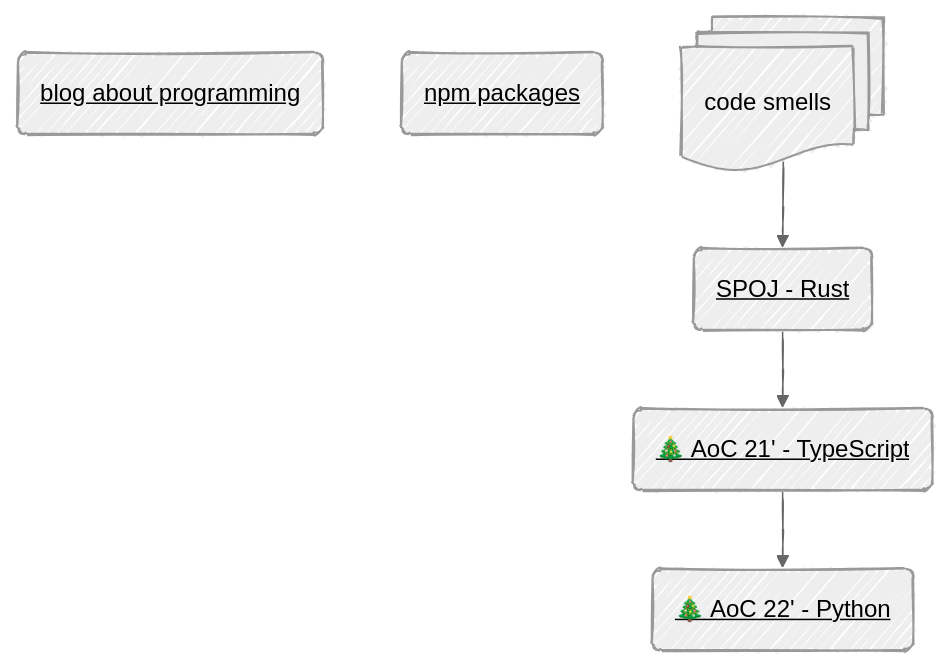
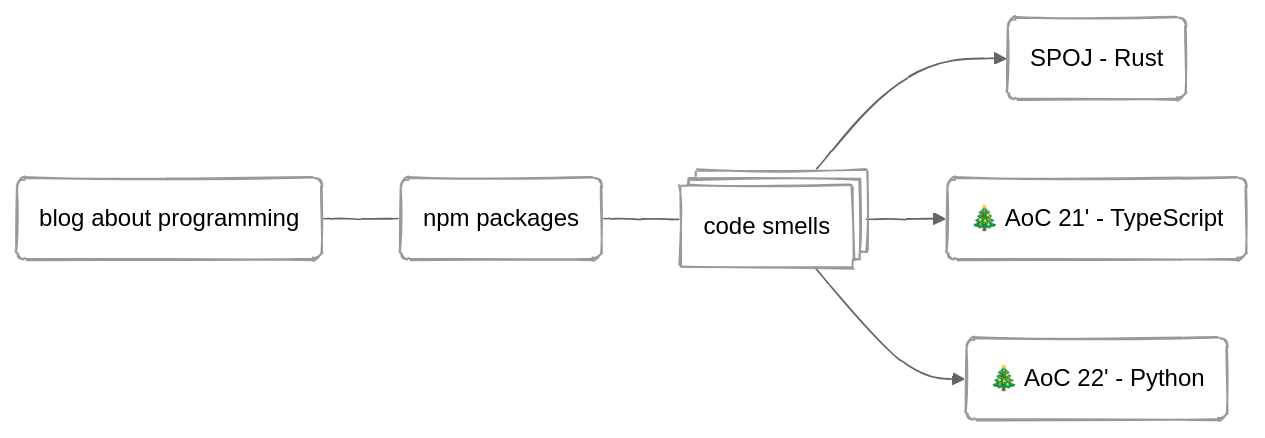
The diagram in README.md (twistezo/twistezo), drawn with Mermaid before and after one commit.

````diff
--- a/README.md
+++ b/README.md
@@ -1,18 +1,29 @@
 ```mermaid
 ---
 config:
   look: handDrawn
   theme: neutral
+  securityLevel: antiscript
 ---
-flowchart TD
-    blog(<a href="https://twistezo.github.io/blog/" style="color:black !important">blog about programming</a>)
-    npm_packages(<a href="https://www.npmjs.com/~twistezo" style="color:black !important">npm packages</a>)
+flowchart LR
+    BLOG(blog about programming)
+    NPM(npm packages)
+    CODE@{ shape: st-rect, label: "code smells"}
+    A(SPOJ - Rust)
+    B(🎄 AoC 21' - TypeScript)
+    C(🎄 AoC 22' - Python)
 
-    code_smells@{ shape: docs, label: "code smells"}
-    A(<a href="https://github.com/twistezo/spoj-tournament" style="color:black !important">SPOJ - Rust</a>)
-    B(<a href="https://github.com/twistezo/advent-of-code-2021" style="color:black !important">🎄 AoC 21' - TypeScript</a>)
-    C(<a href="https://github.com/twistezo/advent-of-code-2021" style="color:black !important">🎄 AoC 22' - Python</a>)
+    BLOG --- NPM --- CODE
+    CODE --> A
+    CODE --> B
+    CODE --> C
 
-    blog & npm_packages & code_smells
-    code_smells --> A --> B --> C
+    click BLOG href "https://twistezo.github.io/blog/" "Tooltip" _blank
+    click NPM href "https://www.npmjs.com/~twistezo" "Tooltip" _blank
+    click A href "https://github.com/twistezo/spoj-tournament" "Tooltip" _blank
+    click B href "https://github.com/twistezo/advent-of-code-2021" "Tooltip" _blank
+    click C href "https://github.com/twistezo/advent-of-code-2021" "Tooltip" _blank
+
+    classDef styles fill:#fff
+    class BLOG,NPM,CODE,A,B,C styles
 ```
````
